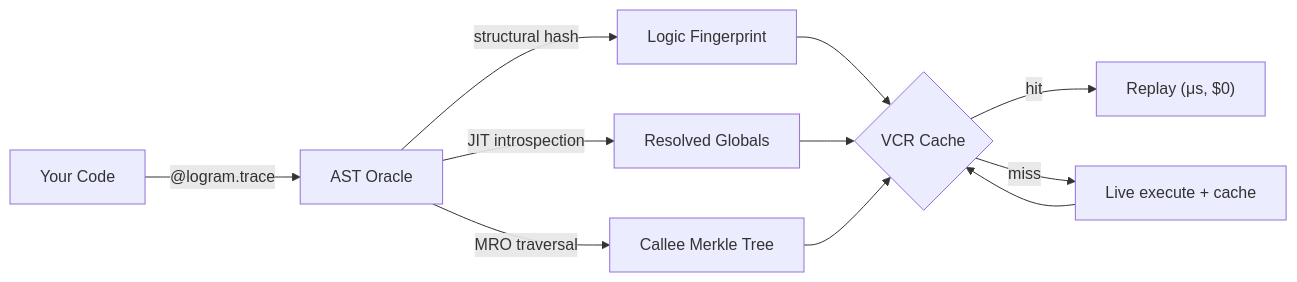
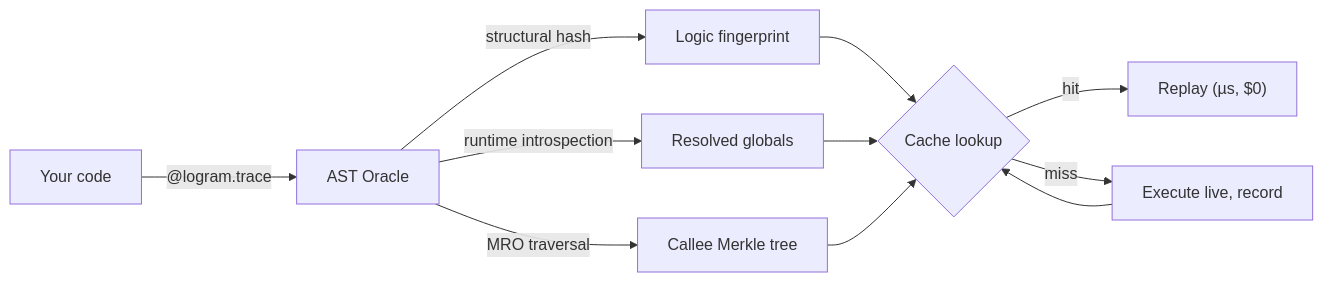
One commit to Mnemonic-Systems/logram changed the diagram in README.md. Above: the diagram before and after it, drawn with Mermaid. The commit also changed other lines of this file, not shown here.

````diff
--- a/README.md
+++ b/README.md
@@ -246,11 +144,11 @@
 ```mermaid
 flowchart LR
-    A[Your Code] -->|"@logram.trace"| B[AST Oracle]
-    B -->|structural hash| C[Logic Fingerprint]
-    B -->|JIT introspection| D[Resolved Globals]
-    B -->|MRO traversal| E[Callee Merkle Tree]
-    C & D & E --> F{VCR Cache}
-    F -->|hit| G["Replay (μs, $0)"]
-    F -->|miss| H[Live execute + cache]
+    A[Your code] -->|"@logram.trace"| B[AST Oracle]
+    B -->|structural hash| C[Logic fingerprint]
+    B -->|runtime introspection| D[Resolved globals]
+    B -->|MRO traversal| E[Callee Merkle tree]
+    C & D & E --> F{Cache lookup}
+    F -->|hit| G["Replay (µs, $0)"]
+    F -->|miss| H[Execute live, record]
     H --> F
 ```
````
